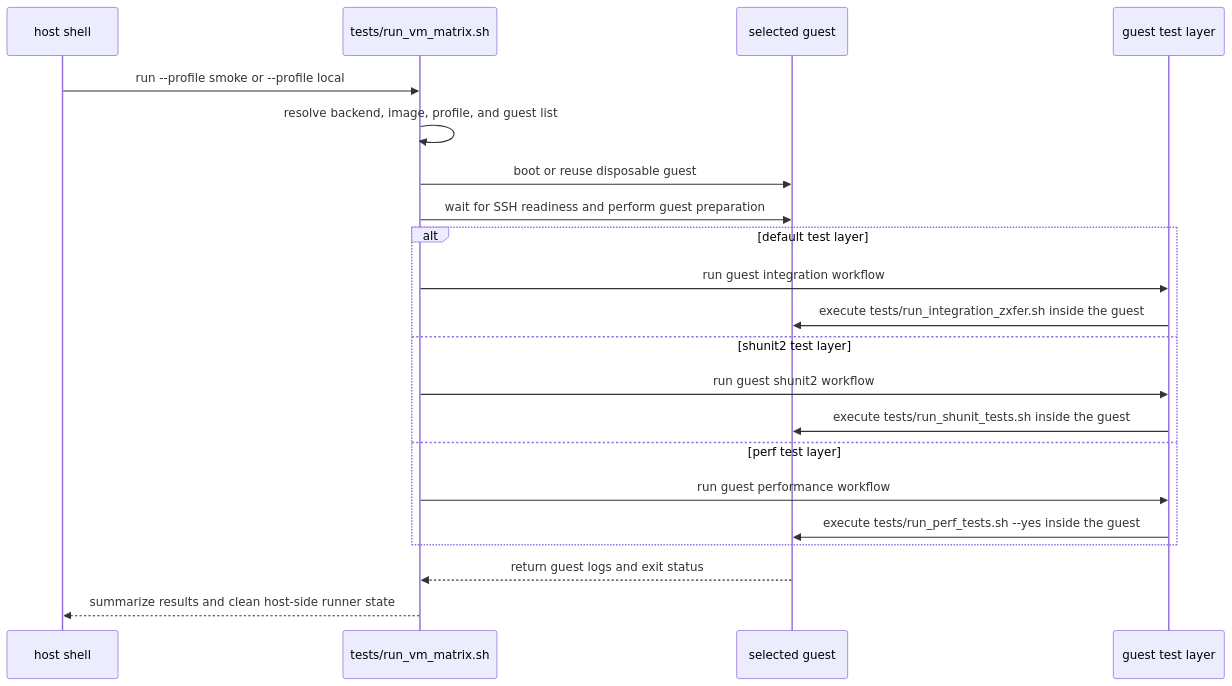
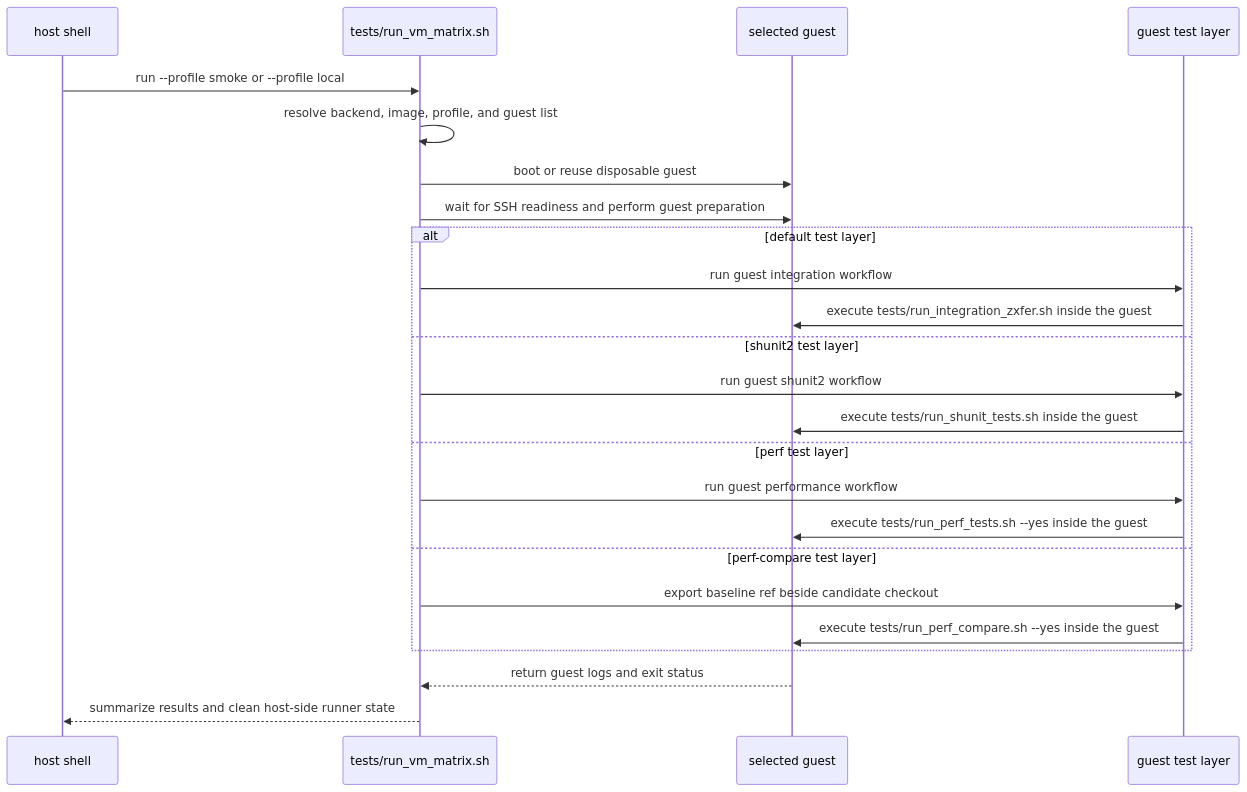
One commit to totalAldo/zxfer changed the second of 2 diagrams in docs/testing.md. Above: the diagram before and after it, drawn with Mermaid. The commit also changed other lines of this file and 107 other files, not shown here.

````diff
--- a/docs/testing.md
+++ b/docs/testing.md
@@ -281,24 +277,27 @@
 ```mermaid
 sequenceDiagram
     participant Host as host shell
     participant Matrix as tests/run_vm_matrix.sh
     participant Guest as selected guest
     participant Layer as guest test layer
 
     Host->>Matrix: run --profile smoke or --profile local
     Matrix->>Matrix: resolve backend, image, profile, and guest list
     Matrix->>Guest: boot or reuse disposable guest
     Matrix->>Guest: wait for SSH readiness and perform guest preparation
     alt default test layer
         Matrix->>Layer: run guest integration workflow
         Layer->>Guest: execute tests/run_integration_zxfer.sh inside the guest
     else shunit2 test layer
         Matrix->>Layer: run guest shunit2 workflow
         Layer->>Guest: execute tests/run_shunit_tests.sh inside the guest
     else perf test layer
         Matrix->>Layer: run guest performance workflow
         Layer->>Guest: execute tests/run_perf_tests.sh --yes inside the guest
+    else perf-compare test layer
+        Matrix->>Layer: export baseline ref beside candidate checkout
+        Layer->>Guest: execute tests/run_perf_compare.sh --yes inside the guest
     end
     Guest-->>Matrix: return guest logs and exit status
     Matrix-->>Host: summarize results and clean host-side runner state
 ```
````
